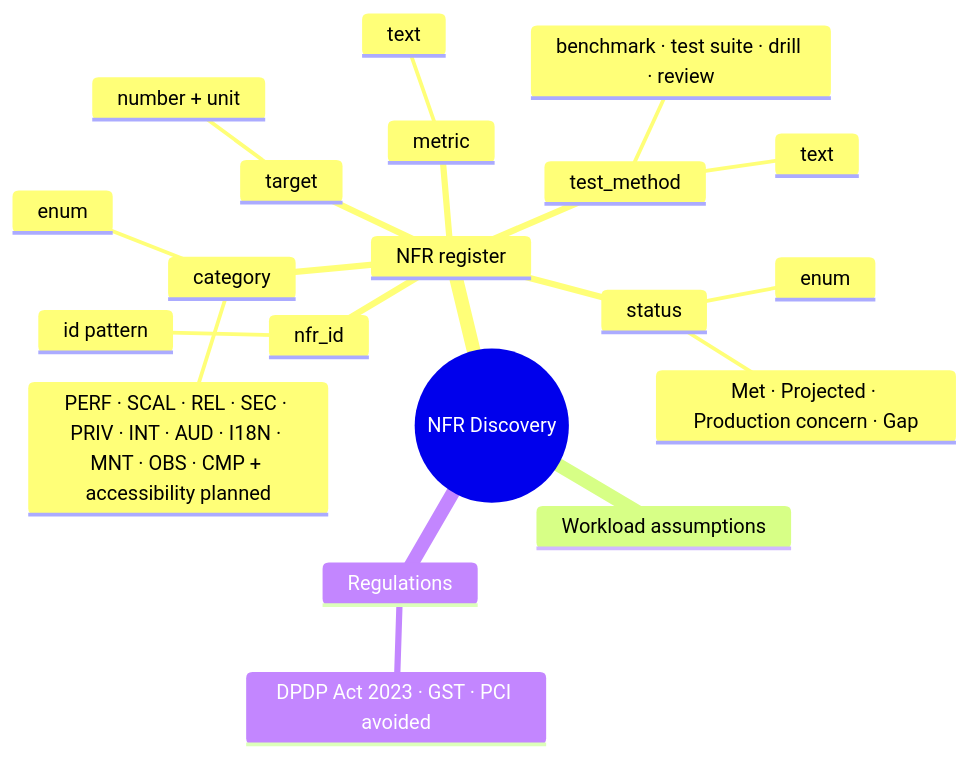
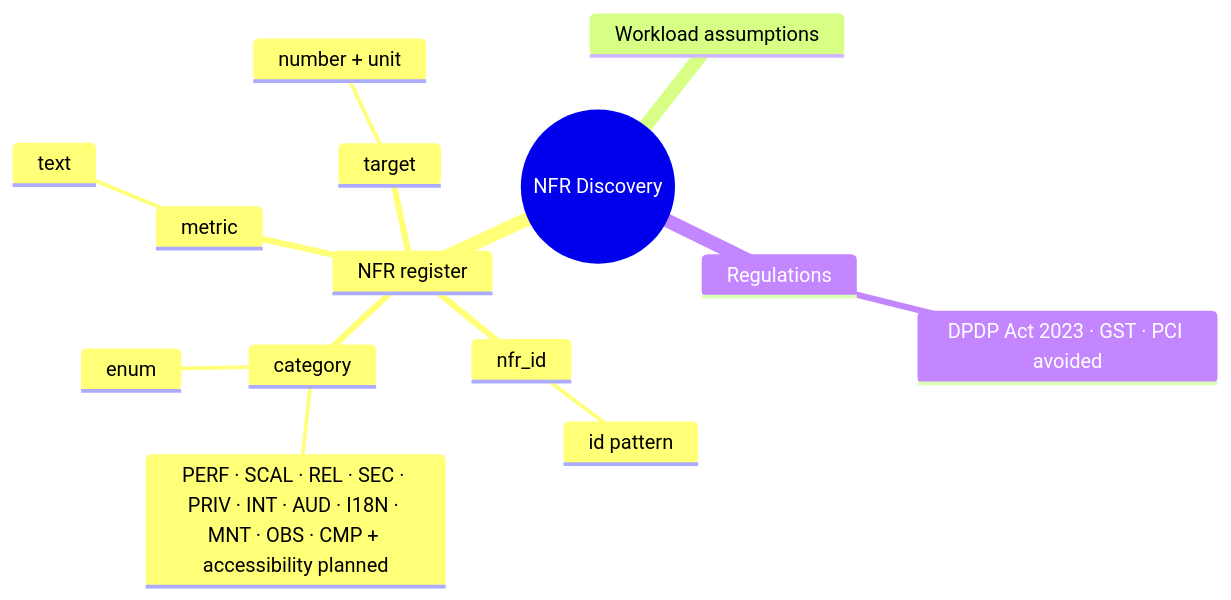
Before and after one commit to saivardhan9999/talentra: the fourth of 5 diagrams in v2/stage1/schema-trees.md, drawn with Mermaid. The commit also changed other lines of this file and 7 other files, not shown here.

````diff
--- a/v2/stage1/schema-trees.md
+++ b/v2/stage1/schema-trees.md
@@ -211,23 +204,17 @@
 ```mermaid
 mindmap
   root((NFR Discovery))
     NFR register
       nfr_id
         id pattern
       category
         PERF · SCAL · REL · SEC · PRIV · INT · AUD · I18N · MNT · OBS · CMP + accessibility planned
         enum
       metric
         text
       target
         number + unit
-      test_method
-        benchmark · test suite · drill · review
-        text
-      status
-        Met · Projected · Production concern · Gap
-        enum
     Workload assumptions
     Regulations
       DPDP Act 2023 · GST · PCI avoided
 ```
````
